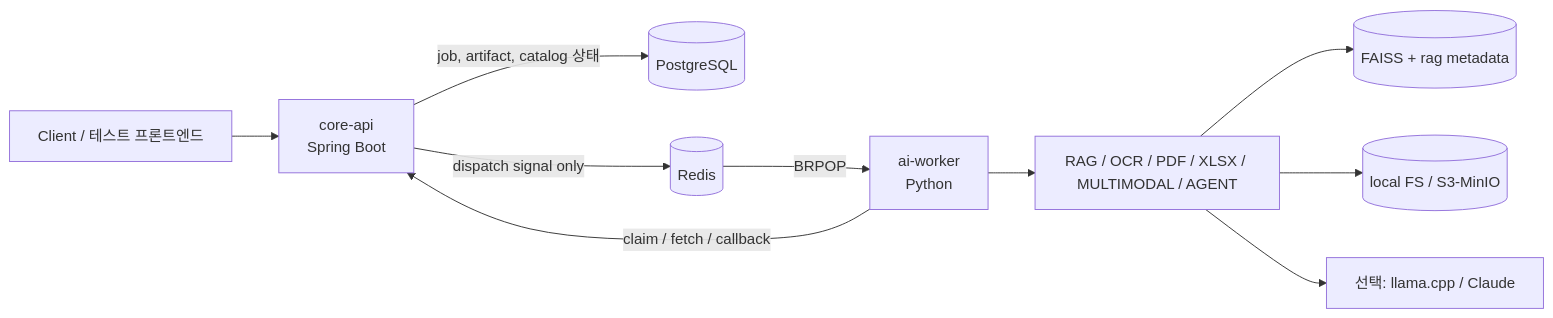
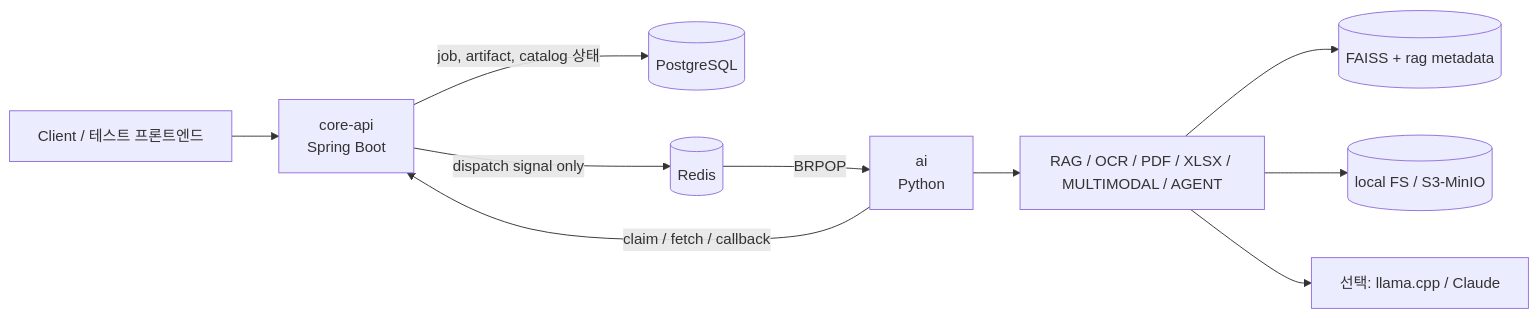
The diagram in README.md (sfr9802/async-ai-document-pipeline-with-domain-rag), drawn with Mermaid before and after one commit. The commit also changed other lines of this file and 881 other files, not shown here.

````diff
--- a/README.md
+++ b/README.md
@@ -43,12 +43,12 @@
 ```mermaid
 flowchart LR
     Client["Client / 테스트 프론트엔드"] --> Core["core-api<br/>Spring Boot"]
     Core -->|"job, artifact, catalog 상태"| DB[("PostgreSQL")]
     Core -->|"dispatch signal only"| Redis[("Redis")]
-    Redis -->|"BRPOP"| Worker["ai-worker<br/>Python"]
+    Redis -->|"BRPOP"| Worker["ai<br/>Python"]
     Worker -->|"claim / fetch / callback"| Core
     Worker --> Capabilities["RAG / OCR / PDF / XLSX / MULTIMODAL / AGENT"]
     Capabilities --> Index[("FAISS + rag metadata")]
     Capabilities --> Storage[("local FS / S3-MinIO")]
     Capabilities --> LLM["선택: llama.cpp / Claude"]
 ```
````
